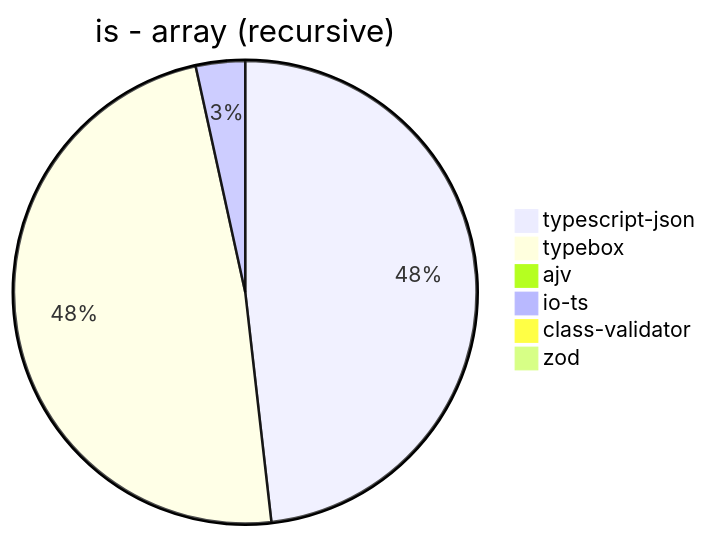
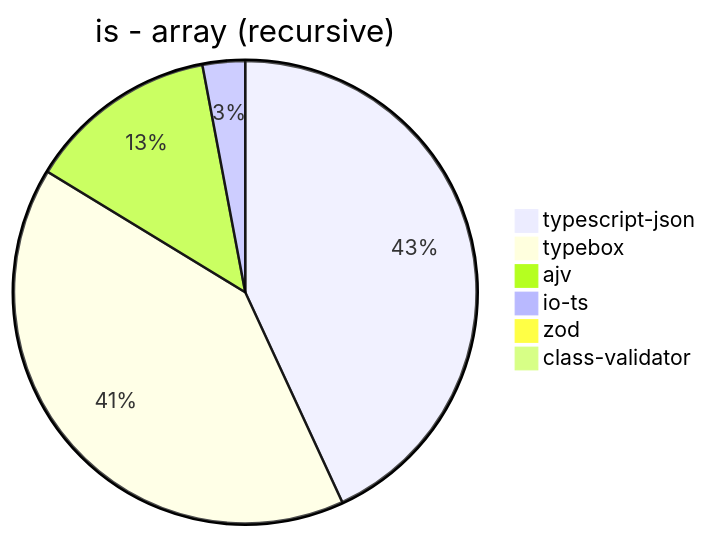
Before and after one commit to samchon/typia: the fifth of 39 diagrams in benchmark/results/11th Gen Intel(R) Core(TM) i5-1135G7 @ 2.40GHz.md, drawn with Mermaid. The commit also changed other lines of this file and 177 other files, not shown here.

````diff
--- a/benchmark/results/11th Gen Intel(R) Core(TM) i5-1135G7 @ 2.40GHz.md
+++ b/benchmark/results/11th Gen Intel(R) Core(TM) i5-1135G7 @ 2.40GHz.md
@@ -65,9 +65,9 @@
 ```mermaid
 pie title is - array (recursive)
-  "typescript-json": 6669.744703965237
-  "typebox": 6693.693693693694
-  "ajv": 0
-  "io-ts": 475.91593825553286
-  "class-validator": 3.571428571428571
-  "zod": 8.847926267281107
+  "typescript-json": 6906.123201770565
+  "typebox": 6504.572055596196
+  "ajv": 2133.560415919684
+  "io-ts": 475.66291318561565
+  "zod": 9.177748642067803
+  "class-validator": 0
 ```
````
